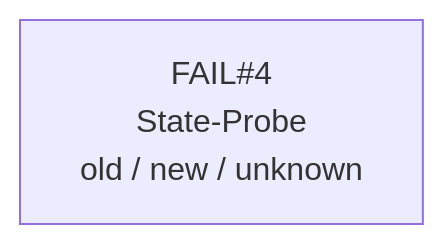
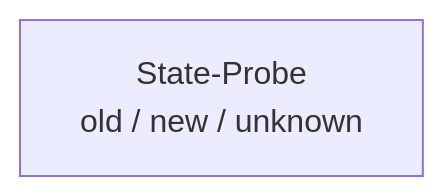
Before and after one commit to me-systeme/StartupCAN: the tenth of 21 diagrams in README.md, drawn with Mermaid. The commit also changed other lines of this file and 3 other files, not shown here.

````diff
--- a/README.md
+++ b/README.md
@@ -204,4 +251,4 @@
 ```mermaid
 flowchart TD
-A["FAIL#4<br/>State-Probe<br/>old / new / unknown"]
+A["State-Probe<br/>old / new / unknown"]
 ```
````
